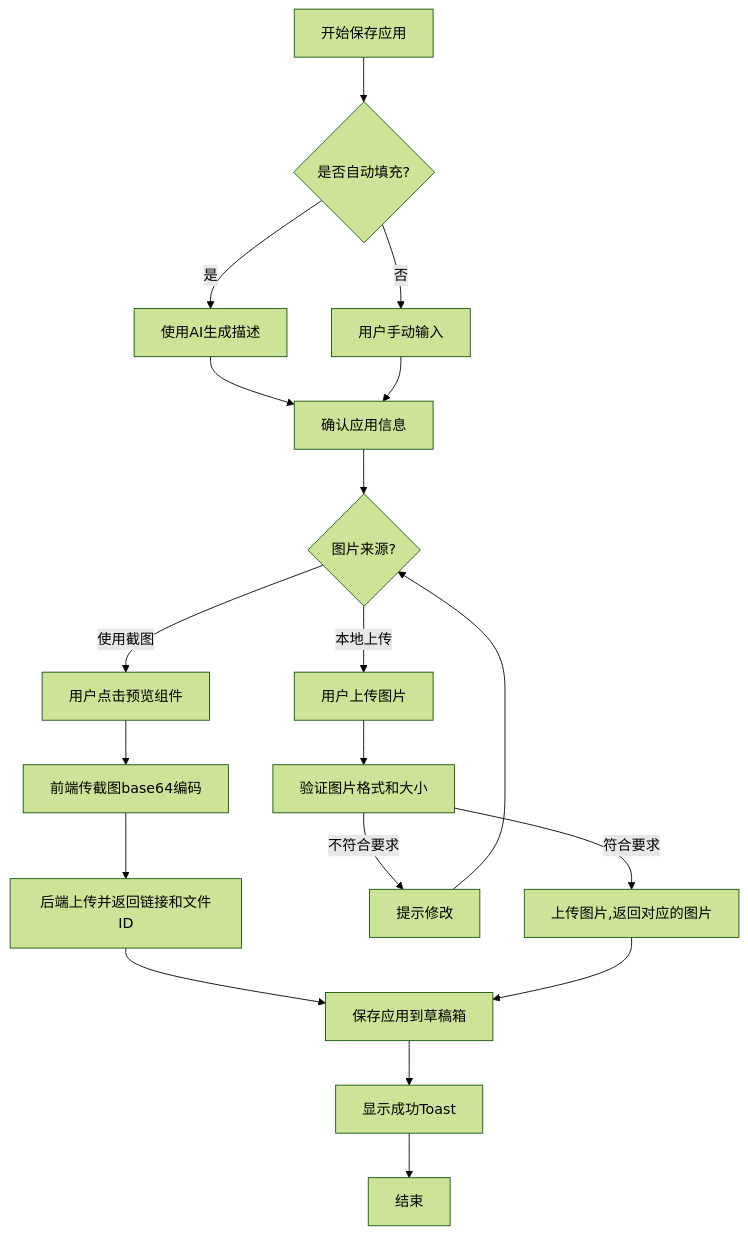
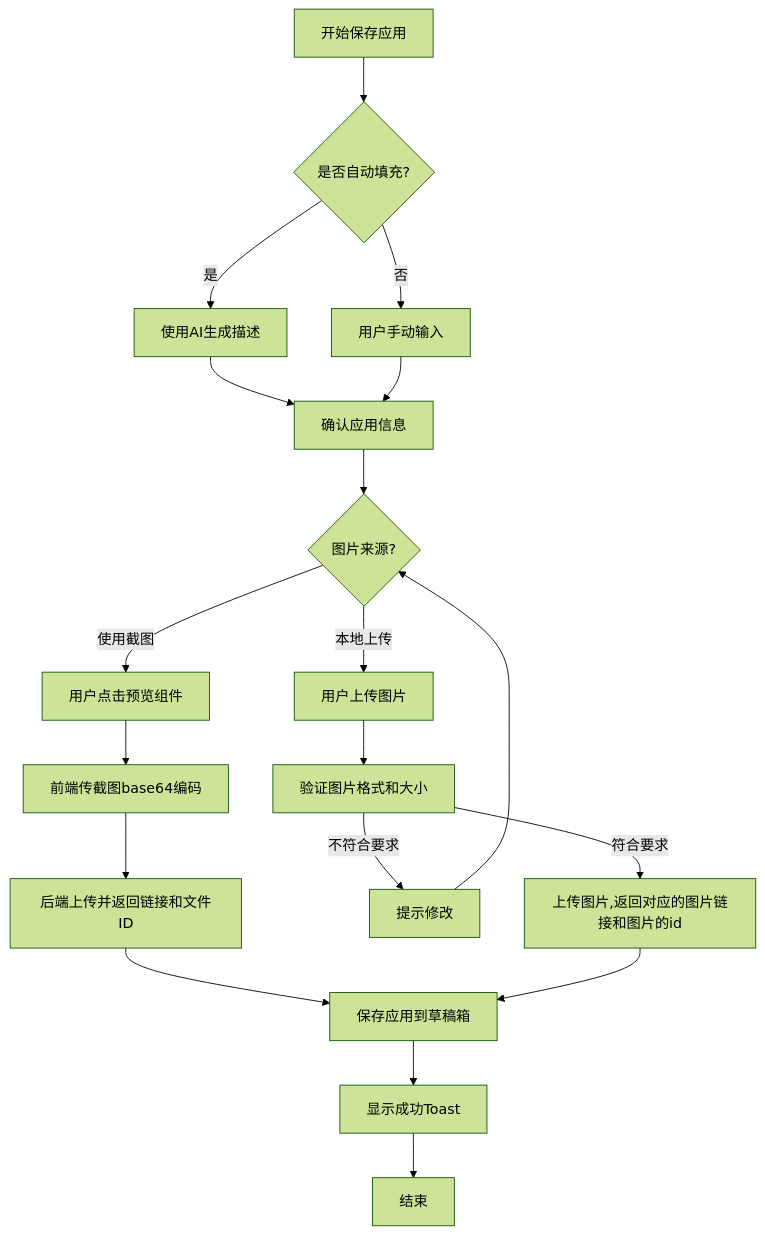
The diagram in all/未命名-66.md (yingjianzh/iodraw-files), drawn with Mermaid (forest theme) before and after one commit.

Commit message:
2025-05-27 11:21:13 update

````diff
--- a/all/未命名-66.md
+++ b/all/未命名-66.md
@@ -1,21 +1,21 @@
 ```mermaid
 flowchart TD
     A[开始保存应用] --> B{是否自动填充?}
     B -->|是| C[使用AI生成描述]
     B -->|否| D[用户手动输入]
     C --> E[确认应用信息]
     D --> E
     E --> F{图片来源?}
     F -->|使用截图| G[用户点击预览组件]
     F -->|本地上传| H[用户上传图片]
     G --> G1[前端传截图base64编码]
     G1 --> G2[后端上传并返回链接和文件ID]
     H --> I[验证图片格式和大小]
     I -->|不符合要求| J[提示修改]
     J --> F
-    I -->|符合要求| K1[上传图片,返回对应的图片]
+    I -->|符合要求| K1[上传图片,返回对应的图片链接和图片的id]
     G2 --> K[保存应用到草稿箱]
     K1 --> K
     K --> L[显示成功Toast]
     L --> M[结束]
 ```
````
